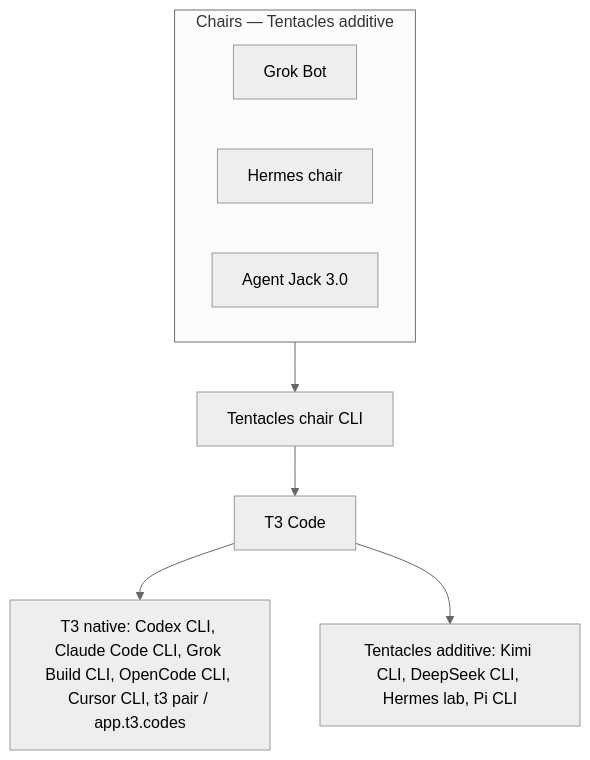
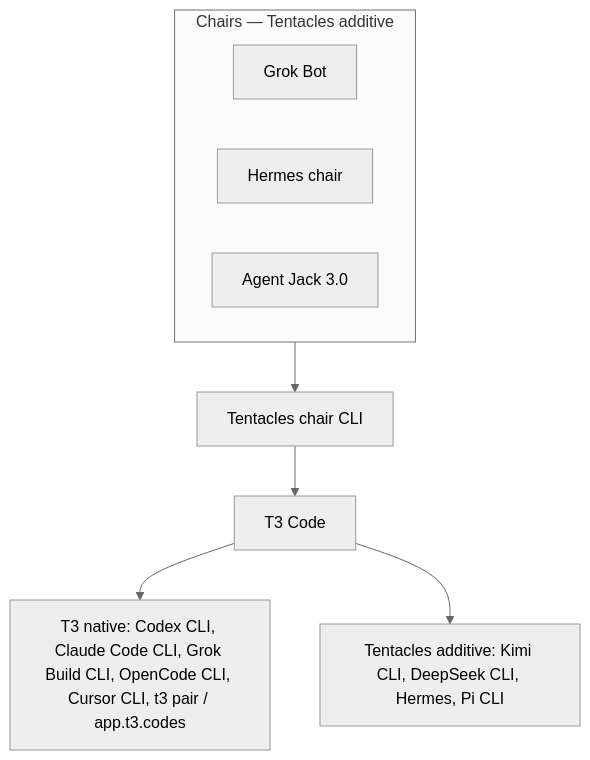
Before and after one commit to m-check1B/t3-code-tentacles: the diagram in README.md, drawn with Mermaid (neutral theme). The commit also changed other lines of this file and 4 other files, not shown here.

First line of the commit message:
docs: name the additive Hermes instance Hermes

````diff
--- a/README.md
+++ b/README.md
@@ -89,13 +89,13 @@
 ```mermaid
 flowchart TB
     subgraph Chairs["Chairs — Tentacles additive"]
         direction LR
         GrokBot["Grok Bot"]
         HermesChair["Hermes chair"]
         Jack["Agent Jack 3.0"]
     end
     Chairs --> ChairCLI["Tentacles chair CLI"]
     ChairCLI --> T3["T3 Code"]
     T3 --> Native["T3 native: Codex CLI, Claude Code CLI, Grok Build CLI, OpenCode CLI, Cursor CLI, t3 pair / app.t3.codes"]
-    T3 --> Additive["Tentacles additive: Kimi CLI, DeepSeek CLI, Hermes lab, Pi CLI"]
+    T3 --> Additive["Tentacles additive: Kimi CLI, DeepSeek CLI, Hermes, Pi CLI"]
 ```
````
